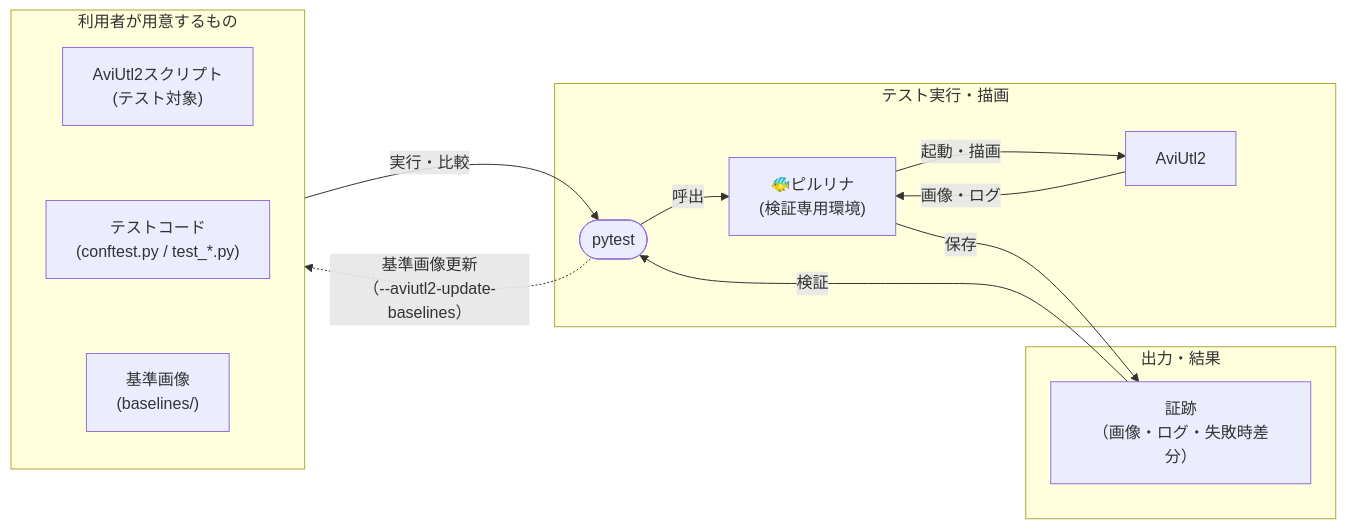
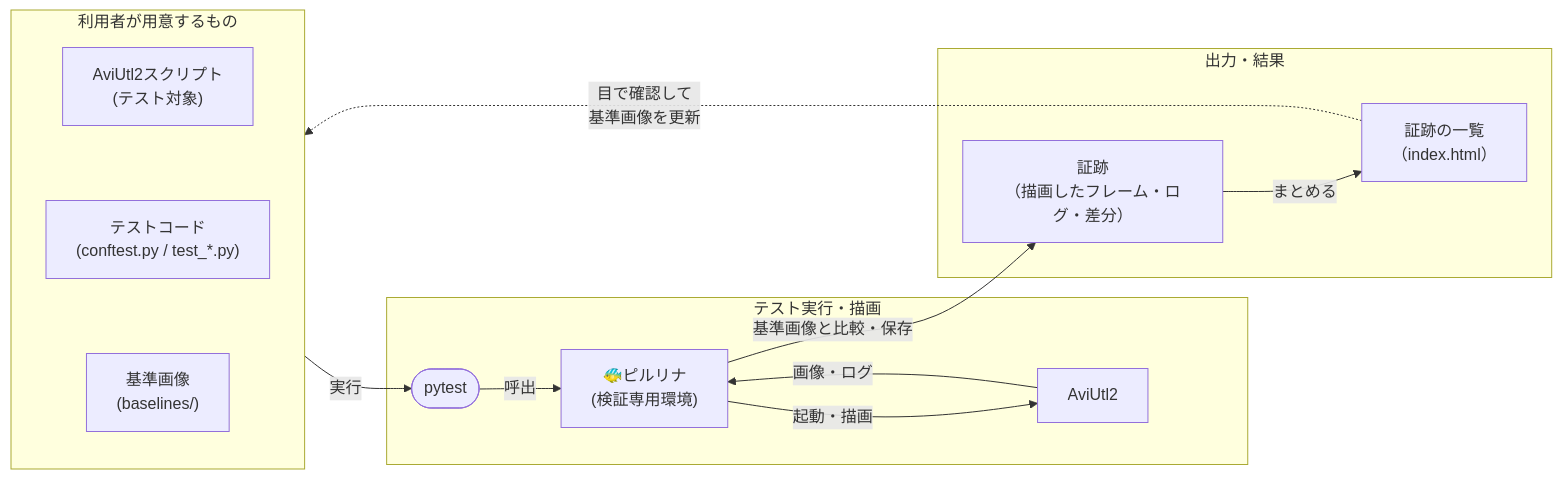
The diagram in README.md (osakanamaki/aviutl2-pyrrhulina), drawn with Mermaid before and after one commit. The commit also changed other lines of this file and 4 other files, not shown here.

````diff
--- a/README.md
+++ b/README.md
@@ -7,25 +9,26 @@
 ```mermaid
 flowchart LR
     subgraph User["利用者が用意するもの"]
         direction TB
         Script["AviUtl2スクリプト<br/>(テスト対象)"] ~~~ TestCode["テストコード<br/>(conftest.py / test_*.py)"] ~~~ Baseline["基準画像<br/>(baselines/)"]
     end
 
     subgraph Runner["テスト実行・描画"]
         Pytest(["pytest"])
         Pyrrhulina["🐠ピルリナ<br/>(検証専用環境)"]
         AviUtl2["AviUtl2"]
     end
 
     subgraph Output["出力・結果"]
-        Result["証跡<br>（画像・ログ・失敗時差分）"]
+        Result["証跡<br/>（描画したフレーム・ログ・差分）"]
+        Report["証跡の一覧<br/>（index.html）"]
     end
 
-    User -- 実行・比較 --> Pytest
+    User -- 実行 --> Pytest
     Pytest -- 呼出 --> Pyrrhulina
     Pyrrhulina -- 起動・描画 --> AviUtl2
     AviUtl2 -- 画像・ログ --> Pyrrhulina
-    Pyrrhulina -- 保存 --> Result
-    Result -- 検証 --> Pytest
-    Pytest -. 基準画像更新<br>（--aviutl2-update-baselines） .-> User
+    Pyrrhulina -- 基準画像と比較・保存 --> Result
+    Result -- まとめる --> Report
+    Report -. 目で確認して<br/>基準画像を更新 .-> User
 ```
````
